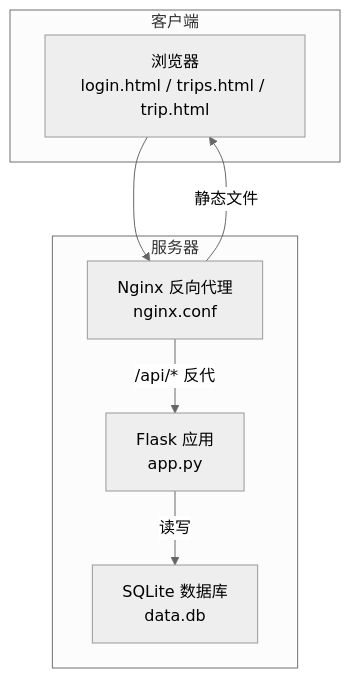
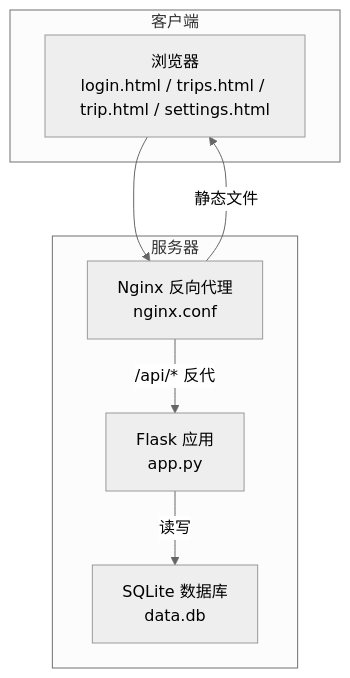
Before and after one commit to louyinmin/recorded: the first of 3 diagrams in .qoder/repowiki/zh/content/部署指南.md, drawn with Mermaid (neutral theme). The commit also changed other lines of this file and 5 other files, not shown here.

````diff
--- a/.qoder/repowiki/zh/content/部署指南.md
+++ b/.qoder/repowiki/zh/content/部署指南.md
@@ -39,15 +49,15 @@
 ```mermaid
 graph TB
 subgraph "客户端"
-Browser["浏览器<br/>login.html / trips.html / trip.html"]
+Browser["浏览器<br/>login.html / trips.html / trip.html / settings.html"]
 end
 subgraph "服务器"
 Nginx["Nginx 反向代理<br/>nginx.conf"]
 Flask["Flask 应用<br/>app.py"]
 SQLite["SQLite 数据库<br/>data.db"]
 end
 Browser --> Nginx
 Nginx --> |静态文件| Browser
 Nginx --> |/api/* 反代| Flask
 Flask --> |读写| SQLite
 ```
````
